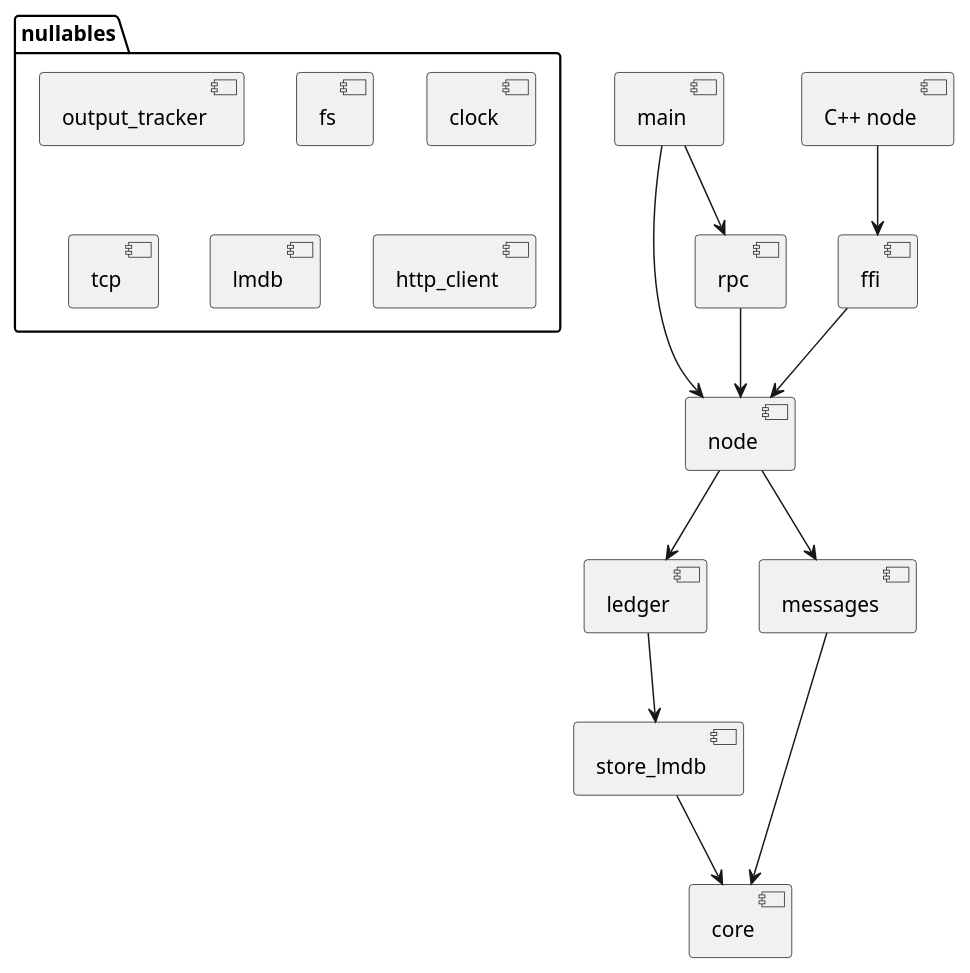
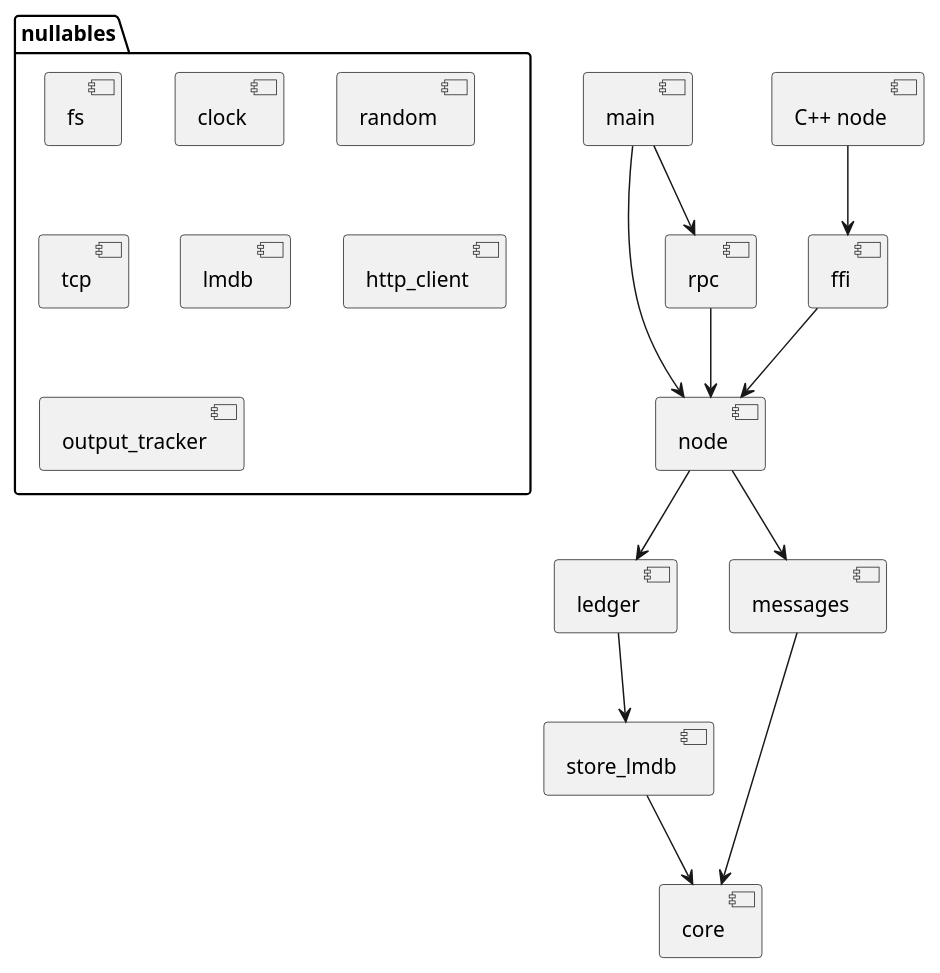
One commit to stjet/rsban-node changed the diagram in rust/doc/crates.puml. Above: the diagram before and after it, drawn with PlantUML. The commit also changed 8 other files, not shown here.

```diff
--- a/rust/doc/crates.puml
+++ b/rust/doc/crates.puml
@@ -1,34 +1,35 @@
 @startuml "Split crates"
 
 [nullables]
 [core]
 [ledger]
 [store_lmdb]
 [messages]
 [node]
 [main]
 [rpc]
 [ffi]
 [C++ node]
 
 folder "nullables"{
-[output_tracker]
 [fs]
 [clock]
+[random]
 [tcp]
 [lmdb]
 [http_client]
+[output_tracker]
 }
 
 [C++ node] --> [ffi]
 [main] --> [node]
 [main] --> [rpc]
 [rpc] --> [node]
 [node] --> [ledger]
 [node] --> [messages]
 [messages] --> [core]
 [ledger] --> [store_lmdb]
 [store_lmdb] --> [core]
 [ffi] --> [node]
 
 @enduml
```
